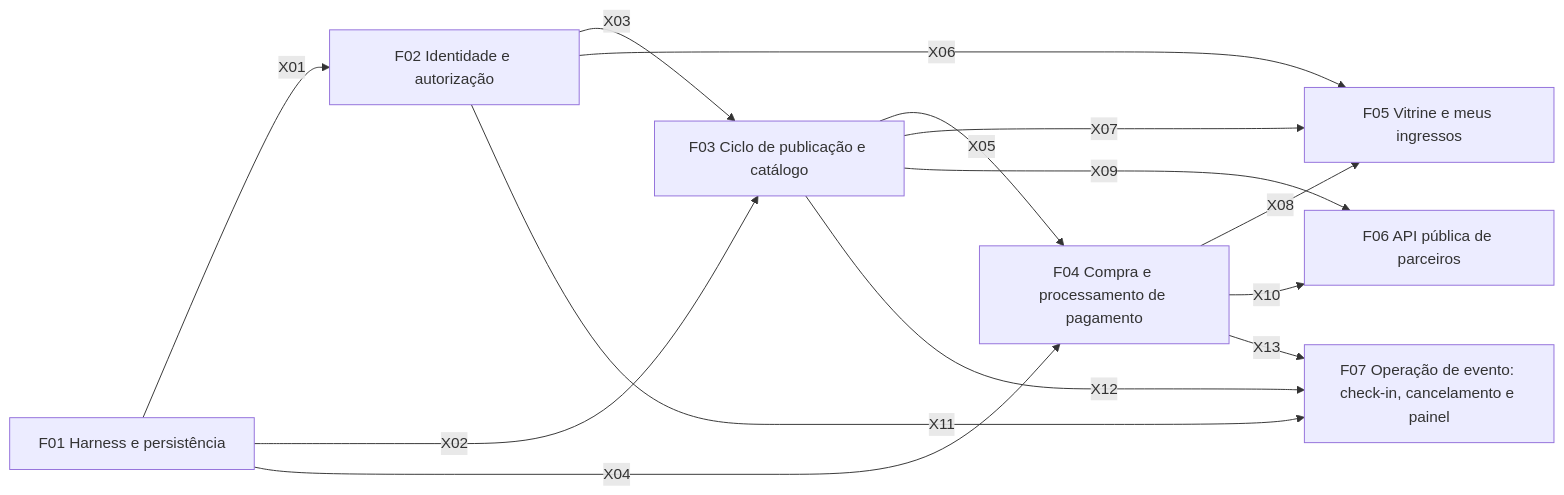
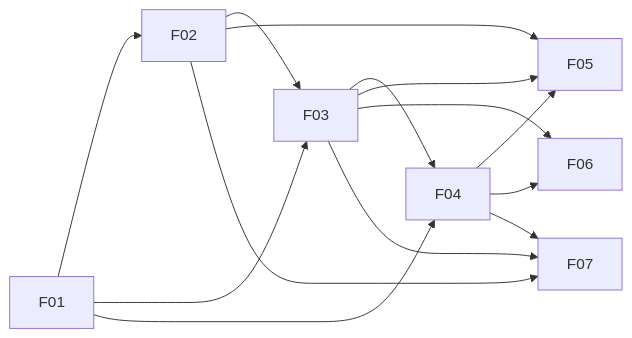
One commit to Esphios/mba-desafio-catraca changed the diagram in docs/prd/PRD.md. Above: the diagram before and after it, drawn with Mermaid. The commit also changed other lines of this file and 186 other files, not shown here.

````diff
--- a/docs/prd/PRD.md
+++ b/docs/prd/PRD.md
@@ -48,23 +157,16 @@
 ```mermaid
 flowchart LR
-  F01["F01 Harness e persistência"]
-  F02["F02 Identidade e autorização"]
-  F03["F03 Ciclo de publicação e catálogo"]
-  F04["F04 Compra e processamento de pagamento"]
-  F05["F05 Vitrine e meus ingressos"]
-  F06["F06 API pública de parceiros"]
-  F07["F07 Operação de evento: check-in, cancelamento e painel"]
-  F01 -->|X01| F02
-  F01 -->|X02| F03
-  F02 -->|X03| F03
-  F01 -->|X04| F04
-  F03 -->|X05| F04
-  F02 -->|X06| F05
-  F03 -->|X07| F05
-  F04 -->|X08| F05
-  F03 -->|X09| F06
-  F04 -->|X10| F06
-  F02 -->|X11| F07
-  F03 -->|X12| F07
-  F04 -->|X13| F07
+    F01 --> F02
+    F01 --> F03
+    F02 --> F03
+    F01 --> F04
+    F03 --> F04
+    F02 --> F05
+    F03 --> F05
+    F04 --> F05
+    F03 --> F06
+    F04 --> F06
+    F02 --> F07
+    F03 --> F07
+    F04 --> F07
 ```
````
